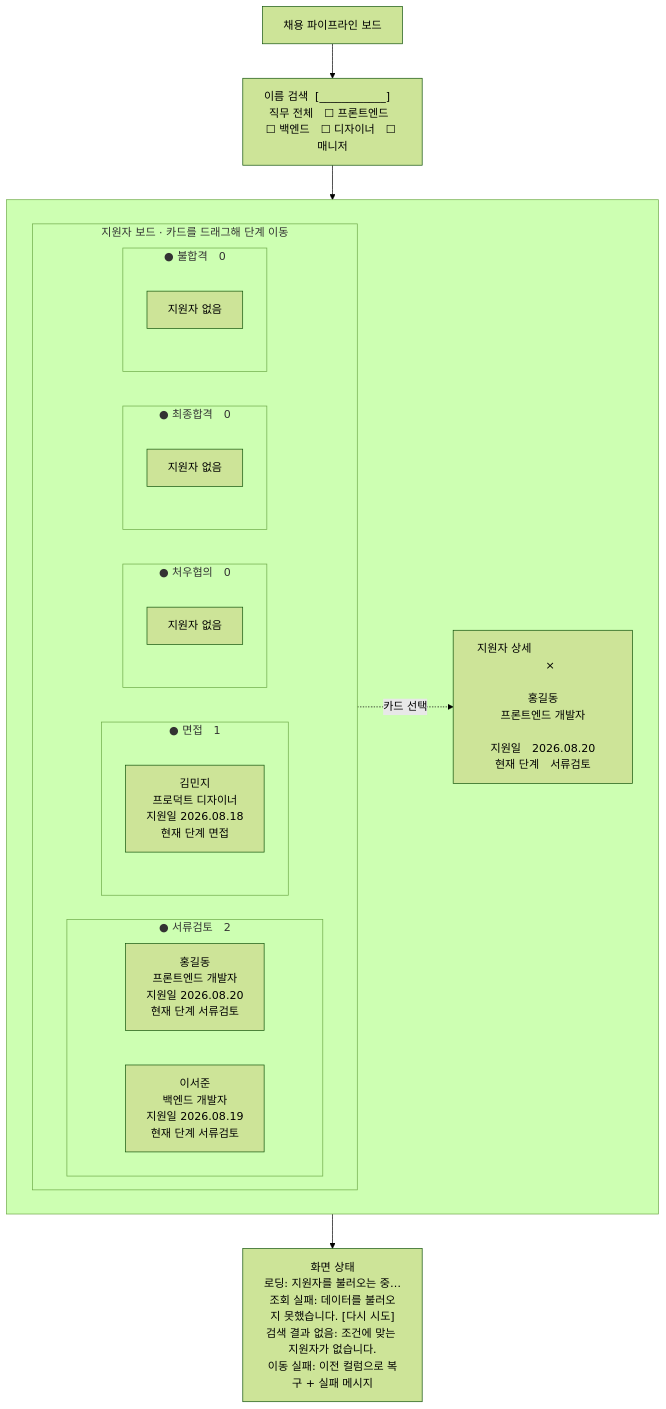
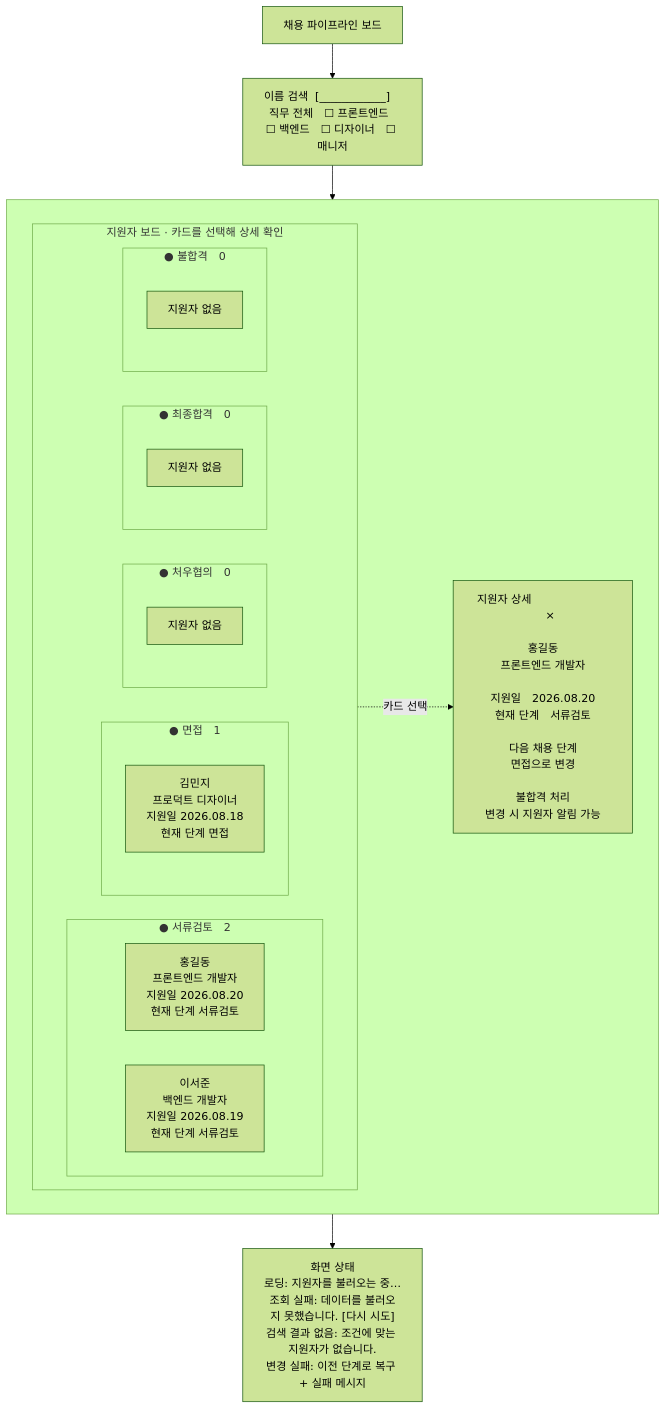
Before and after one commit to icecokel/worxphere-test: the diagram in docs/wireframe.md, drawn with Mermaid (forest theme). The commit also changed other lines of this file and 7 other files, not shown here.

````diff
--- a/docs/wireframe.md
+++ b/docs/wireframe.md
@@ -8,42 +8,42 @@
 ```mermaid
 flowchart TB
     header["채용 파이프라인 보드"]
     filters["이름 검색  [____________]　 직무 전체　☐ 프론트엔드　☐ 백엔드　☐ 디자이너　☐ 매니저"]
 
     subgraph content[" "]
         direction LR
 
-        subgraph board["지원자 보드 · 카드를 드래그해 단계 이동"]
+        subgraph board["지원자 보드 · 카드를 선택해 상세 확인"]
             direction LR
 
             subgraph review["● 서류검토　2"]
                 reviewCard1["홍길동<br/>프론트엔드 개발자<br/>지원일 2026.08.20<br/>현재 단계 서류검토"]
                 reviewCard2["이서준<br/>백엔드 개발자<br/>지원일 2026.08.19<br/>현재 단계 서류검토"]
             end
 
             subgraph interview["● 면접　1"]
                 interviewCard["김민지<br/>프로덕트 디자이너<br/>지원일 2026.08.18<br/>현재 단계 면접"]
             end
 
             subgraph offer["● 처우협의　0"]
                 offerEmpty["지원자 없음"]
             end
 
             subgraph hired["● 최종합격　0"]
                 hiredEmpty["지원자 없음"]
             end
 
             subgraph rejected["● 불합격　0"]
                 rejectedEmpty["지원자 없음"]
             end
         end
 
-        detail["지원자 상세　　　　　　　　 ×<br/><br/>홍길동<br/>프론트엔드 개발자<br/><br/>지원일　2026.08.20<br/>현재 단계　서류검토"]
+        detail["지원자 상세　　　　　　　　 ×<br/><br/>홍길동<br/>프론트엔드 개발자<br/><br/>지원일　2026.08.20<br/>현재 단계　서류검토<br/><br/>다음 채용 단계<br/>면접으로 변경<br/><br/>불합격 처리<br/>변경 시 지원자 알림 가능"]
     end
 
-    states["화면 상태<br/>로딩: 지원자를 불러오는 중…<br/>조회 실패: 데이터를 불러오지 못했습니다. [다시 시도]<br/>검색 결과 없음: 조건에 맞는 지원자가 없습니다.<br/>이동 실패: 이전 컬럼으로 복구 + 실패 메시지"]
+    states["화면 상태<br/>로딩: 지원자를 불러오는 중…<br/>조회 실패: 데이터를 불러오지 못했습니다. [다시 시도]<br/>검색 결과 없음: 조건에 맞는 지원자가 없습니다.<br/>변경 실패: 이전 단계로 복구 + 실패 메시지"]
 
     header --> filters --> content
     reviewCard1 -. 카드 선택 .-> detail
     content --> states
 ```
````
